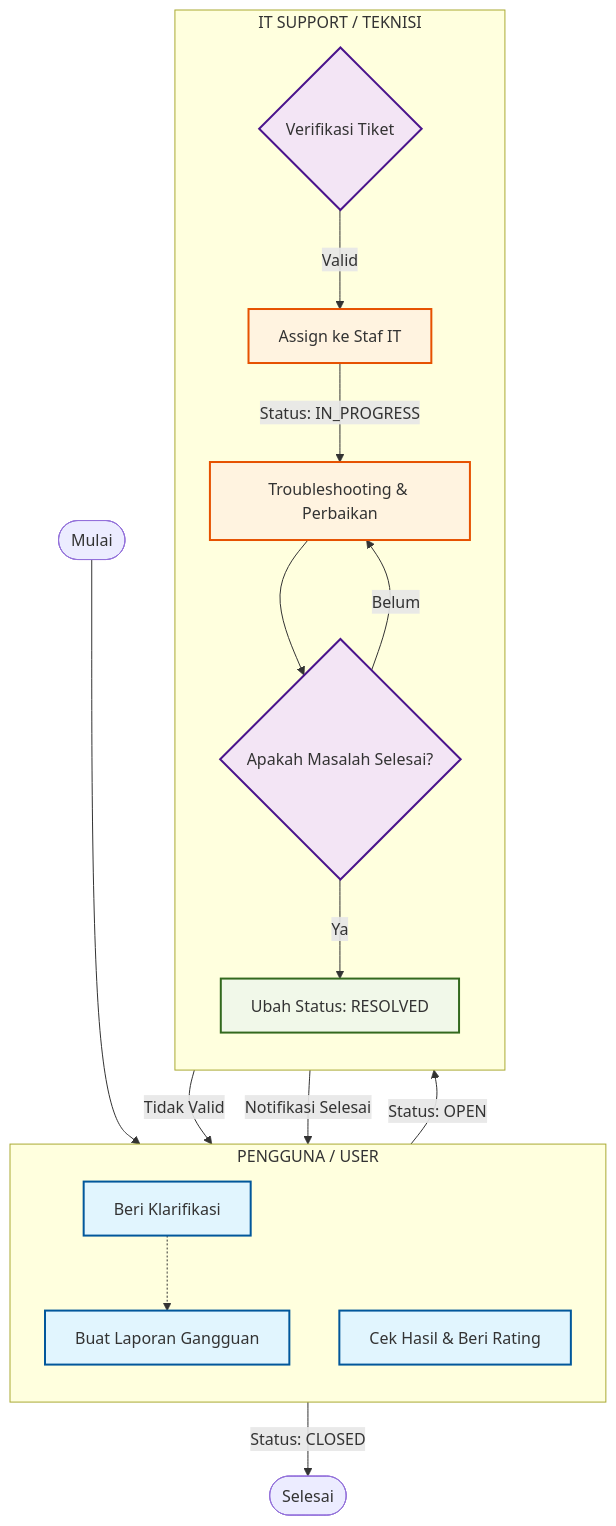
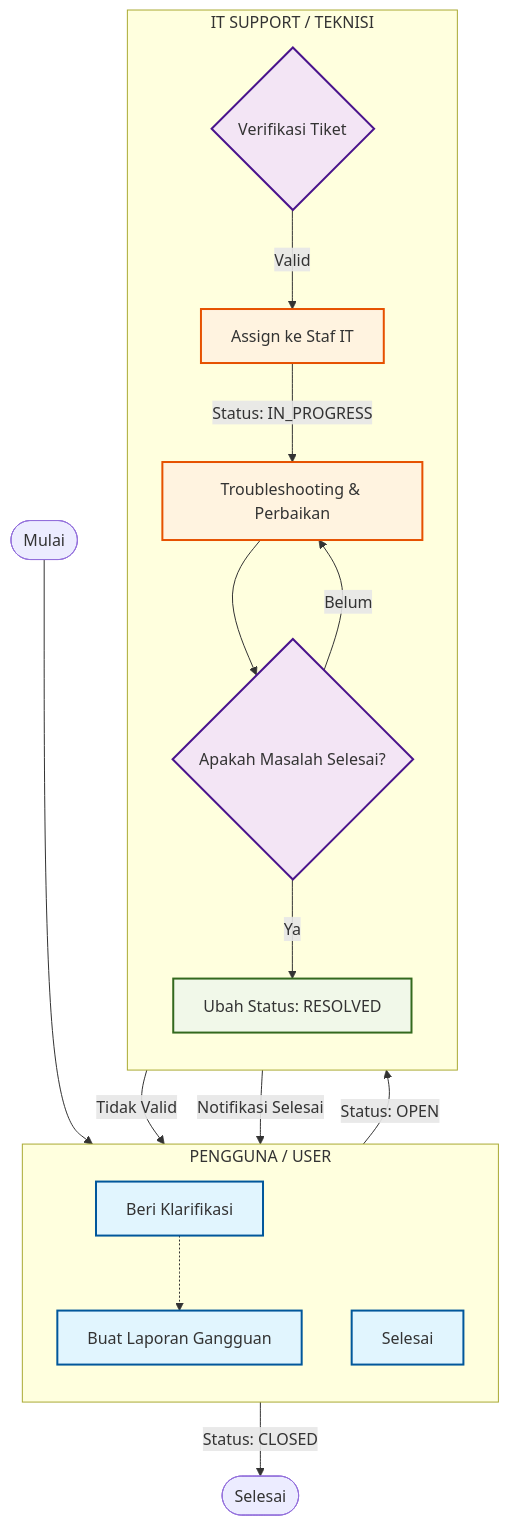
The diagram in MASTERPLAN.md (katondaru-dts/helpdesk-fix), drawn with Mermaid before and after one commit. The commit also changed other lines of this file and 9 other files, not shown here.

````diff
--- a/MASTERPLAN.md
+++ b/MASTERPLAN.md
@@ -264,36 +262,36 @@
 ```mermaid
 flowchart TD
     %% Styling
     classDef user fill:#e1f5fe,stroke:#01579b,stroke-width:2px;
     classDef tech fill:#fff3e0,stroke:#e65100,stroke-width:2px;
     classDef decision fill:#f3e5f5,stroke:#4a148c,stroke-width:2px;
     classDef status fill:#f1f8e9,stroke:#33691e,stroke-width:2px;
 
     subgraph Pelapor[PENGGUNA / USER]
         direction TB
         A[Buat Laporan Gangguan]:::user
-        G[Cek Hasil & Beri Rating]:::user
+        G[Selesai]:::user
         B1[Beri Klarifikasi]:::user
     end
 
     subgraph Pelaksana[IT SUPPORT / TEKNISI]
         direction TB
         B{Verifikasi Tiket}:::decision
         C[Assign ke Staf IT]:::tech
         D[Troubleshooting & Perbaikan]:::tech
         E{Apakah Masalah Selesai?}:::decision
         F[Ubah Status: RESOLVED]:::status
     end
 
     Start([Mulai]) --> A
     A -->|Status: OPEN| B
     B -->|Tidak Valid| B1
     B1 -.-> A
     B -->|Valid| C
     C -->|Status: IN_PROGRESS| D
     D --> E
     E -->|Belum| D
     E -->|Ya| F
     F -->|Notifikasi Selesai| G
     G -->|Status: CLOSED| End([Selesai])
 ```
````
